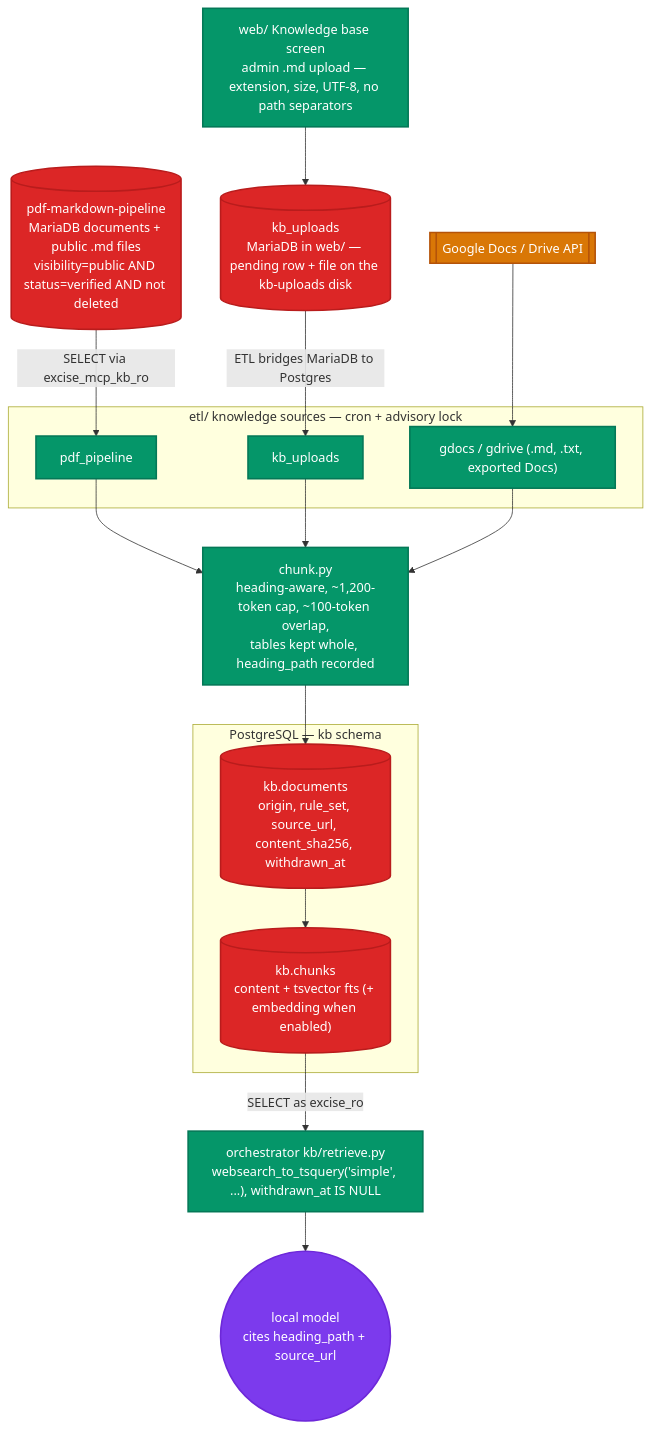
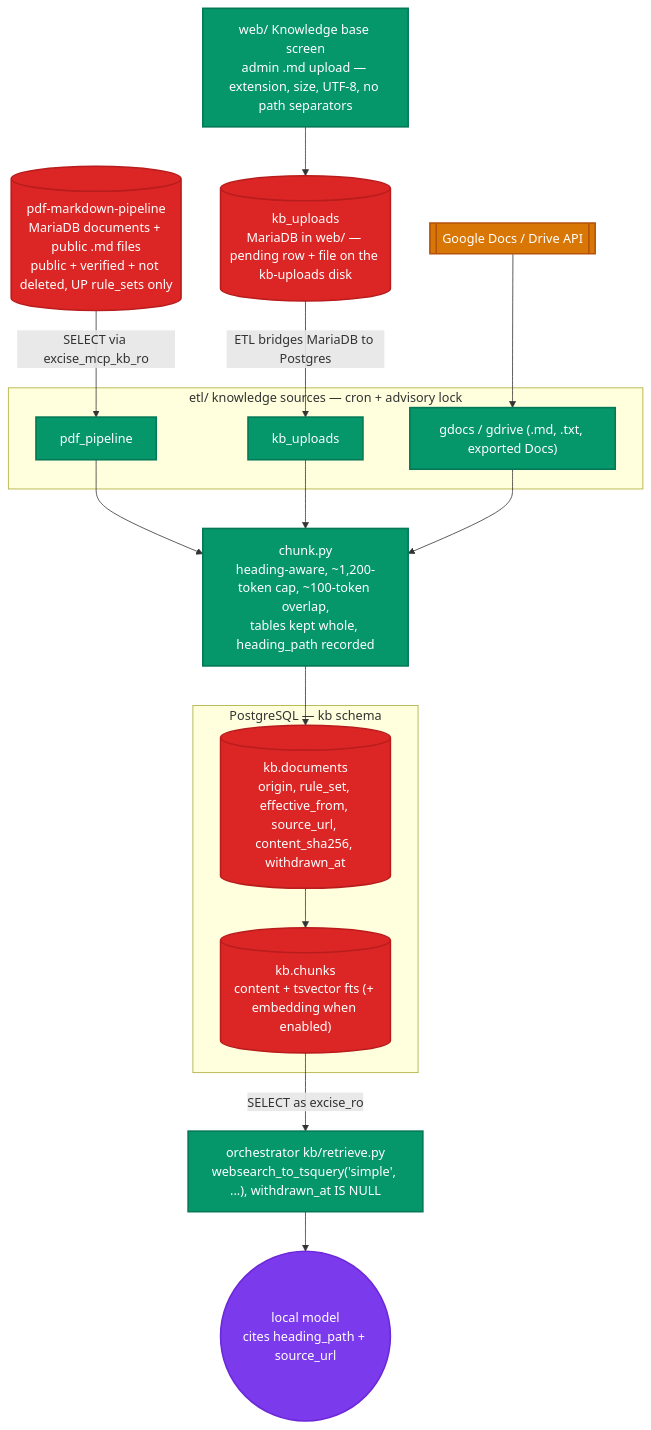
One commit to SubhanRaj/excise-mcp-dashboard changed the second of 2 diagrams in DATA_PIPELINE.md. Above: the diagram before and after it, drawn with Mermaid. The commit also changed 2 other files, not shown here.

Commit message:
Update mermaid diagrams and security doc for the UP-only KB scope
ARCHITECTURE.md and DATA_PIPELINE.md's pdf-markdown-pipeline nodes still
read "public + verified only" after the sync gained a state filter;
SECURITY.md's matching prose paragraph was the same. All three now state
the rule_sets.state condition. DATA_PIPELINE.md's kb.documents node also
gained effective_from, populated since the last commit.

````diff
--- a/DATA_PIPELINE.md
+++ b/DATA_PIPELINE.md
@@ -680,36 +680,36 @@
 ```mermaid
 flowchart TD
     classDef app fill:#059669,stroke:#047857,stroke-width:2px,color:#fff
     classDef db fill:#dc2626,stroke:#b91c1c,stroke-width:2px,color:#fff
     classDef edge fill:#d97706,stroke:#b45309,stroke-width:2px,color:#fff
     classDef ai fill:#7c3aed,stroke:#6d28d9,stroke-width:2px,color:#fff
 
-    PDFP[("pdf-markdown-pipeline<br/>MariaDB documents + public .md files<br/>visibility=public AND status=verified AND not deleted")]:::db
+    PDFP[("pdf-markdown-pipeline<br/>MariaDB documents + public .md files<br/>public + verified + not deleted, UP rule_sets only")]:::db
     Upload["web/ Knowledge base screen<br/>admin .md upload — extension, size, UTF-8, no path separators"]:::app
     KBU[("kb_uploads<br/>MariaDB in web/ — pending row + file on the kb-uploads disk")]:::db
     GAPI[["Google Docs / Drive API"]]:::edge
 
     subgraph EtlKB["etl/ knowledge sources — cron + advisory lock"]
         PP["pdf_pipeline"]:::app
         KU["kb_uploads"]:::app
         GDoc["gdocs / gdrive (.md, .txt, exported Docs)"]:::app
     end
 
     Chunk["chunk.py<br/>heading-aware, ~1,200-token cap, ~100-token overlap,<br/>tables kept whole, heading_path recorded"]:::app
 
     subgraph Bank["PostgreSQL — kb schema"]
-        Docs[("kb.documents<br/>origin, rule_set, source_url, content_sha256, withdrawn_at")]:::db
+        Docs[("kb.documents<br/>origin, rule_set, effective_from, source_url, content_sha256, withdrawn_at")]:::db
         Chunks[("kb.chunks<br/>content + tsvector fts (+ embedding when enabled)")]:::db
     end
 
     Retr["orchestrator kb/retrieve.py<br/>websearch_to_tsquery('simple', ...), withdrawn_at IS NULL"]:::app
     Model(("local model<br/>cites heading_path + source_url")):::ai
 
     PDFP -->|SELECT via excise_mcp_kb_ro| PP
     Upload --> KBU
     KBU -->|ETL bridges MariaDB to Postgres| KU
     GAPI --> GDoc
     PP & KU & GDoc --> Chunk
     Chunk --> Docs --> Chunks
     Chunks -->|SELECT as excise_ro| Retr --> Model
 ```
````
